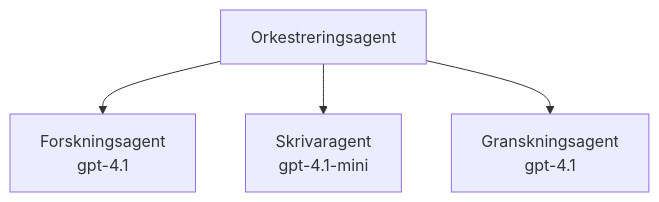
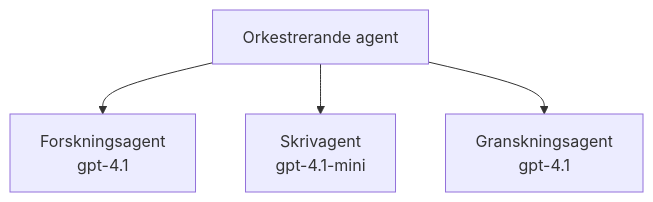
One commit to microsoft/AZD-for-beginners changed the third of 3 diagrams in translations/sv/docs/chapter-02-ai-development/agents.md. Above: the diagram before and after it, drawn with Mermaid. The commit also changed other lines of this file and 59 other files, not shown here.

````diff
--- a/translations/sv/docs/chapter-02-ai-development/agents.md
+++ b/translations/sv/docs/chapter-02-ai-development/agents.md
@@ -201,6 +201,6 @@
 ```mermaid
 graph TD
-    Orchestrator[Orkestreringsagent] --> Research[Forskningsagent<br/>gpt-4.1]
-    Orchestrator --> Writer[Skrivaragent<br/>gpt-4.1-mini]
+    Orchestrator[Orkestrerande agent] --> Research[Forskningsagent<br/>gpt-4.1]
+    Orchestrator --> Writer[Skrivagent<br/>gpt-4.1-mini]
     Orchestrator --> Reviewer[Granskningsagent<br/>gpt-4.1]
 ```
````
